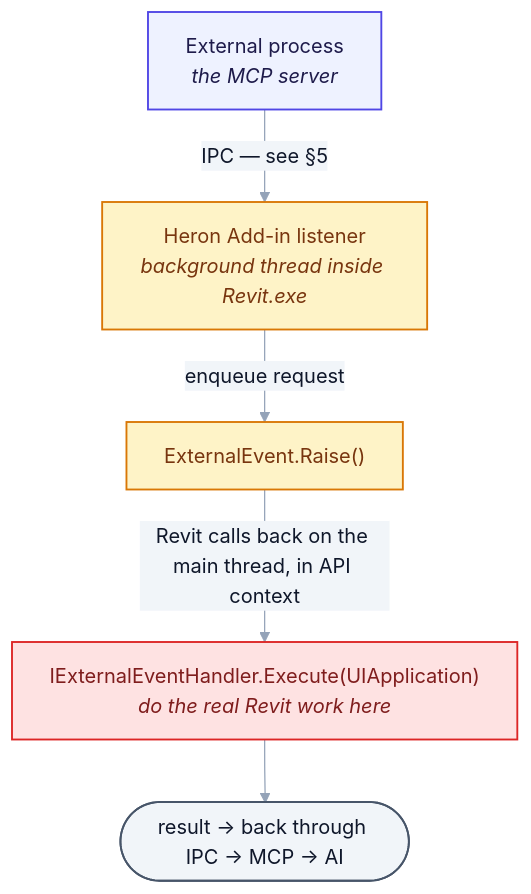
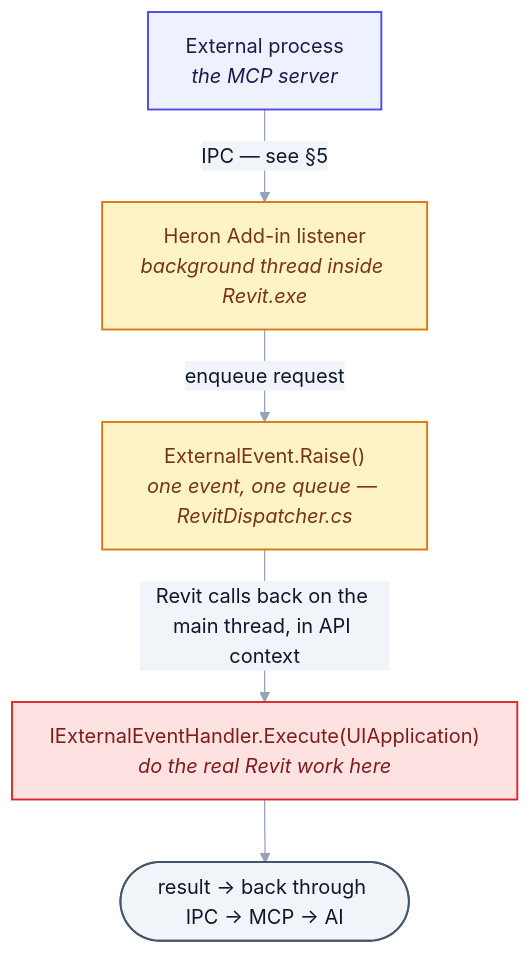
One commit to Ajmalpshaik/Heron-AI changed the diagram in docs/03-heron-revit.md. Above: the diagram before and after it, drawn with Mermaid. The commit also changed other lines of this file and 72 other files, not shown here.

````diff
--- a/docs/03-heron-revit.md
+++ b/docs/03-heron-revit.md
@@ -142,23 +170,23 @@
 ```mermaid
 %%{init: {"themeVariables": {"edgeLabelBackground":"#F1F5F9","lineColor":"#94A3B8","textColor":"#0F172A","tertiaryTextColor":"#0F172A"}}}%%
 flowchart TD
     EP["External process<br/><i>the MCP server</i>"]
     LI["Heron Add-in listener<br/><i>background thread inside Revit.exe</i>"]
-    EV["ExternalEvent.Raise()"]
+    EV["ExternalEvent.Raise()<br/><i>one event, one queue — RevitDispatcher.cs</i>"]
     HA["IExternalEventHandler.Execute(UIApplication)<br/><i>do the real Revit work here</i>"]
     RS(["result → back through IPC → MCP → AI"])
 
     EP -->|"IPC — see §5"| LI
     LI -->|"enqueue request"| EV
     EV -->|"Revit calls back on the main thread, in API context"| HA
     HA --> RS
 
     classDef host fill:#EEF2FF,stroke:#4F46E5,stroke-width:1.5px,color:#1E1B4B
     classDef addin fill:#FEF3C7,stroke:#D97706,stroke-width:1.5px,color:#78350F
     classDef revit fill:#FEE2E2,stroke:#DC2626,stroke-width:1.5px,color:#7F1D1D
     classDef user fill:#F1F5F9,stroke:#475569,stroke-width:1.5px,color:#0F172A
     class EP host
     class LI,EV addin
     class HA revit
     class RS user
 ```
````
